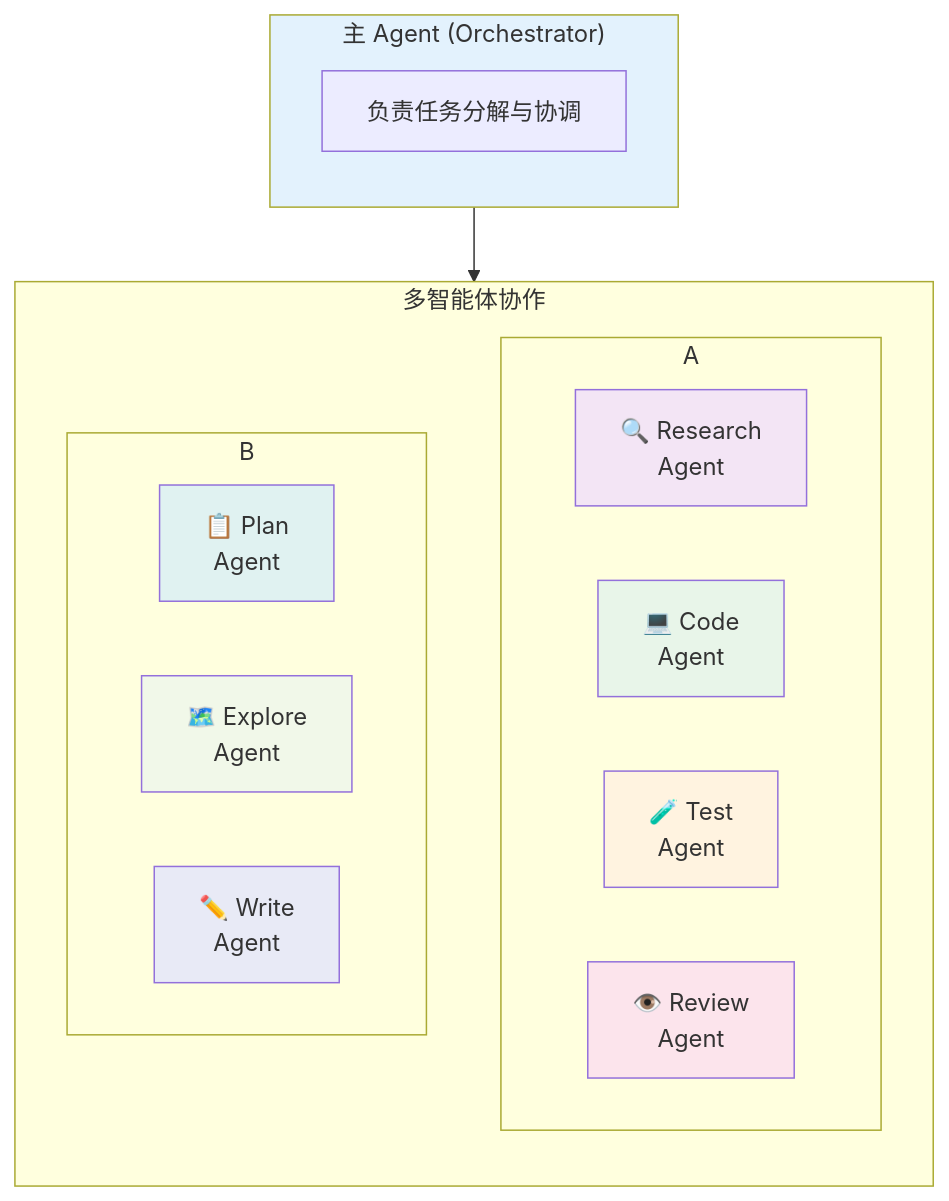
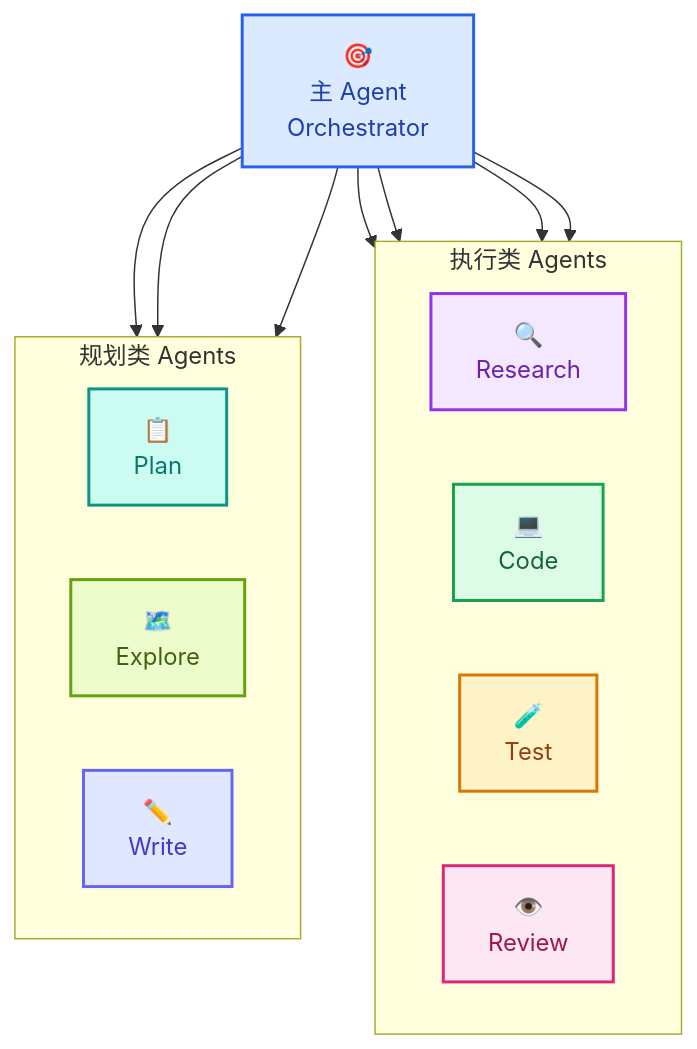
One commit to Eivs/niuma changed the second of 6 diagrams in README.md. Above: the diagram before and after it, drawn with Mermaid. The commit also changed other lines of this file and 1 other file, not shown here.

Commit message:
refactor: Update diagrams and improve color schemes in PRD and README

````diff
--- a/README.md
+++ b/README.md
@@ -49,34 +58,50 @@
 ```mermaid
 flowchart TB
-    subgraph Orchestrator["主 Agent (Orchestrator)"]
-        direction TB
-        Coord["负责任务分解与协调"]
+    %% 主 Agent 层
+    Orchestrator["🎯<br/>主 Agent<br/>Orchestrator"]
+
+    %% 执行类 Agent
+    subgraph ExecuteAgents["执行类 Agents"]
+        direction LR
+        Research["🔍<br/>Research"]
+        Code["💻<br/>Code"]
+        Test["🧪<br/>Test"]
+        Review["👁️<br/>Review"]
     end
 
-    subgraph AgentTeam["多智能体协作"]
-        direction TB
-        subgraph Row1["A"]
-            Research["🔍 Research<br/>Agent"]
-            Code["💻 Code<br/>Agent"]
-            Test["🧪 Test<br/>Agent"]
-            Review["👁️ Review<br/>Agent"]
-        end
-
-        subgraph Row2["B"]
-            Plan["📋 Plan<br/>Agent"]
-            Explore["🗺️ Explore<br/>Agent"]
-            Write["✏️ Write<br/>Agent"]
-        end
+    %% 规划类 Agent
+    subgraph PlanAgents["规划类 Agents"]
+        direction LR
+        Plan["📋<br/>Plan"]
+        Explore["🗺️<br/>Explore"]
+        Write["✏️<br/>Write"]
     end
 
-    Orchestrator --> AgentTeam
+    %% 连接关系
+    Orchestrator --> Research
+    Orchestrator --> Code
+    Orchestrator --> Test
+    Orchestrator --> Review
+    Orchestrator --> Plan
+    Orchestrator --> Explore
+    Orchestrator --> Write
 
-    style Orchestrator fill:#e3f2fd
-    style Research fill:#f3e5f5
-    style Code fill:#e8f5e9
-    style Test fill:#fff3e0
-    style Review fill:#fce4ec
-    style Plan fill:#e0f2f1
-    style Explore fill:#f1f8e9
-    style Write fill:#e8eaf6
+    %% 统一的配色方案
+    classDef orchestrator fill:#dbeafe,stroke:#2563eb,stroke-width:2px,color:#1e40af
+    classDef agentResearch fill:#f3e8ff,stroke:#9333ea,stroke-width:2px,color:#6b21a8
+    classDef agentCode fill:#dcfce7,stroke:#16a34a,stroke-width:2px,color:#166534
+    classDef agentTest fill:#fef3c7,stroke:#d97706,stroke-width:2px,color:#92400e
+    classDef agentReview fill:#fce7f3,stroke:#db2777,stroke-width:2px,color:#9d174d
+    classDef agentPlan fill:#ccfbf1,stroke:#0d9488,stroke-width:2px,color:#0f766e
+    classDef agentExplore fill:#ecfccb,stroke:#65a30d,stroke-width:2px,color:#3f6212
+    classDef agentWrite fill:#e0e7ff,stroke:#6366f1,stroke-width:2px,color:#4338ca
+
+    class Orchestrator orchestrator
+    class Research agentResearch
+    class Code agentCode
+    class Test agentTest
+    class Review agentReview
+    class Plan agentPlan
+    class Explore agentExplore
+    class Write agentWrite
 ```
````
